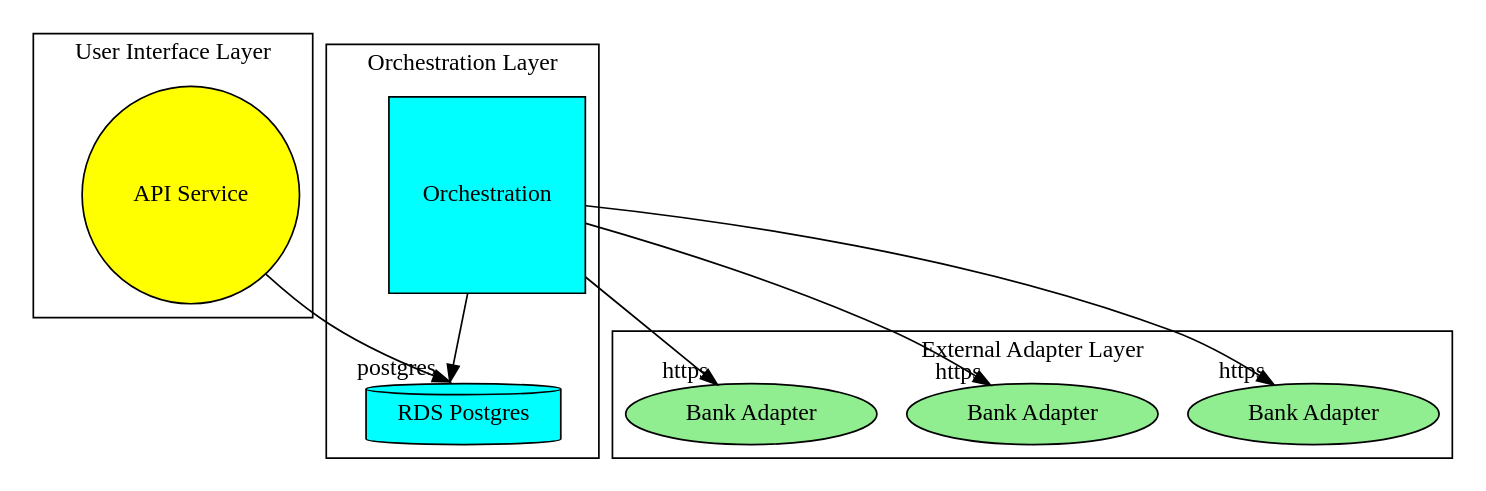
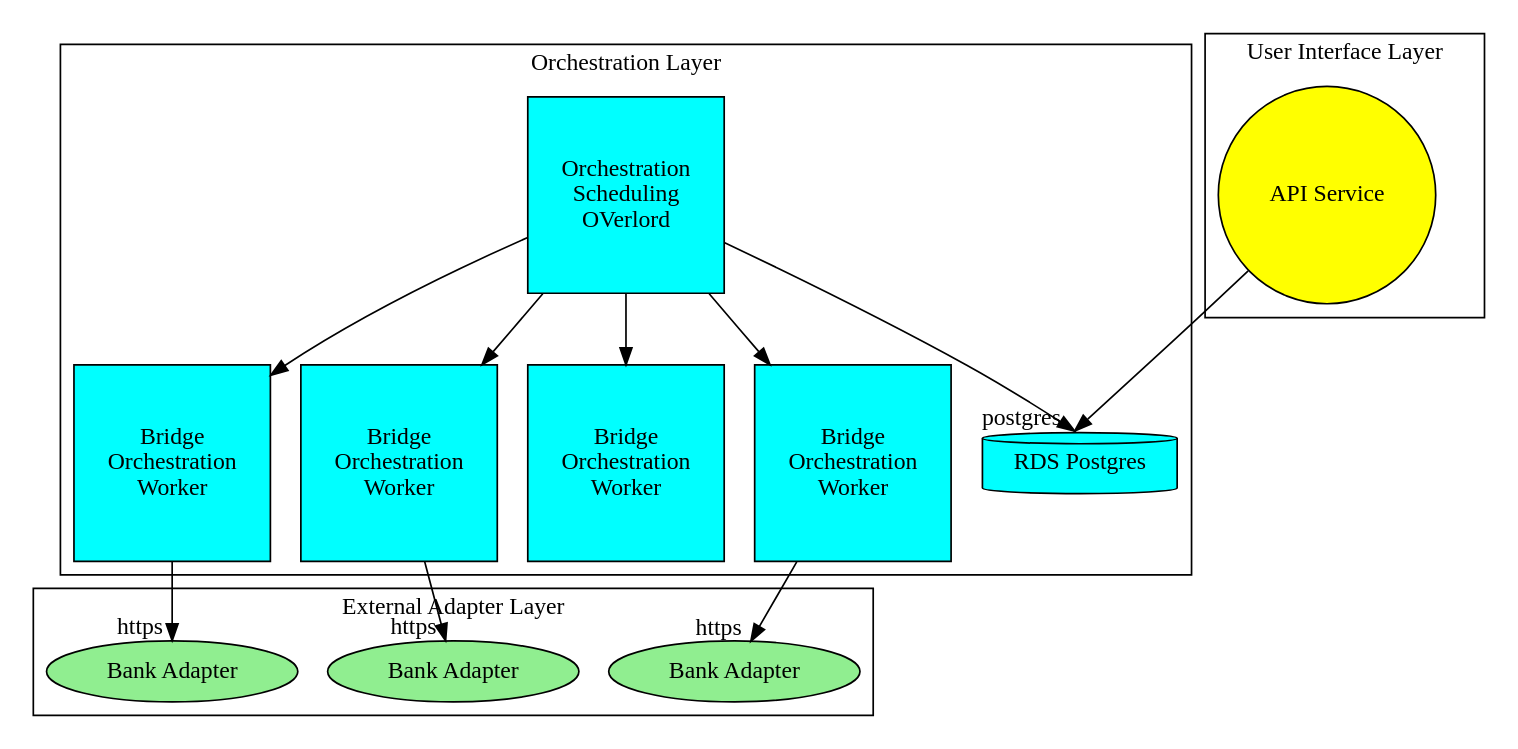
One commit to dbquayle/Test-240717 changed the diagram in doc/arch.dot. Above: the diagram before and after it, drawn with Graphviz. The commit also changed 4 other files, not shown here.

```diff
--- a/doc/arch.dot
+++ b/doc/arch.dot
@@ -1,36 +1,45 @@
 digraph G {
 
   edge[samehead=yes];
   
   subgraph cluster_adapter {
     label="External Adapter Layer";
     node[fillcolor=lightgreen, style=filled, label="Bank Adapter"];
     
     bank1 [];
     bank2 [];
     bank3 [];
   };
 
   subgraph cluster_orc {
     label="Orchestration Layer";
     node[style=filled];
     
     pg [shape=cylinder, fillcolor=cyan, label="RDS Postgres"];
-    orcd[shape=square, fillcolor=cyan, label="Orchestration"];
-  };
+    oso [shape=square, fillcolor=cyan,
+    	label="Orchestration\nScheduling\nOVerlord"];
+    bow1[shape=square, fillcolor=cyan, label="Bridge\nOrchestration\nWorker" ];
+    bow2[shape=square, fillcolor=cyan, label="Bridge\nOrchestration\nWorker" ];
+    bow3[shape=square, fillcolor=cyan, label="Bridge\nOrchestration\nWorker" ];
+    bow4[shape=square, fillcolor=cyan, label="Bridge\nOrchestration\nWorker" ];	  };
 
   subgraph cluster_ui {
     label="User Interface Layer";
     node[style=filled];
     
     uis[shape=circle, fillcolor=yellow, label="API Service"];
   }
 
   uis -> pg [ headlabel="postgres"];
-  orcd -> pg [ headleabel="postgres"];
+  oso -> pg [ headleabel="postgres"];
 
-  orcd -> bank1 [ headlabel="https"];
-  orcd -> bank2 [ headlabel="https"];
-  orcd -> bank3 [ headlabel="https"];
+  oso -> bow1;
+  oso -> bow2;
+  oso -> bow3;
+  oso -> bow4;
+
+  bow1 -> bank1 [ headlabel="https"];
+  bow2 -> bank2 [ headlabel="https"];
+  bow4 -> bank3 [ headlabel="https"];
   
 }
```
